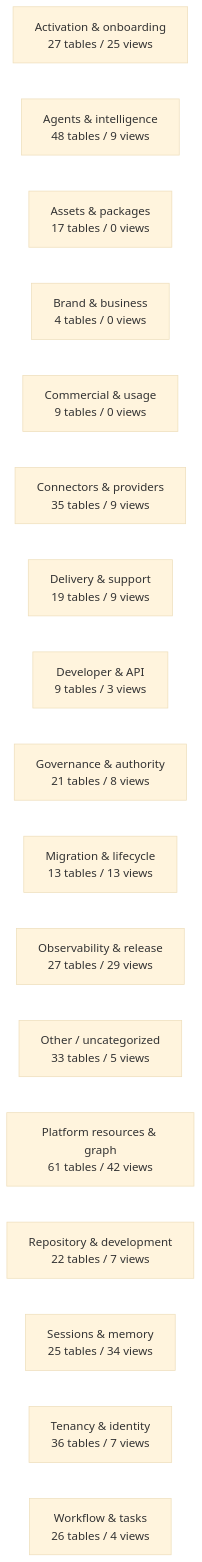
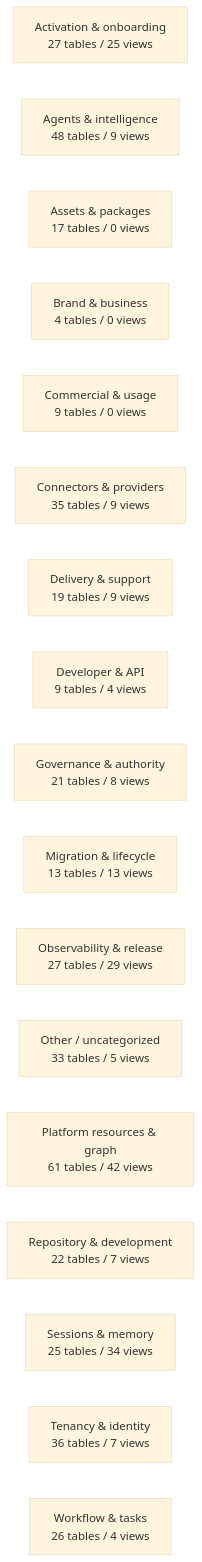
One commit to mad4bdigital-ai/multi-business-multi-role-growth-intelligence-os changed the diagram in docs/work-maps/data-model-domain-map.md. Above: the diagram before and after it, drawn with Mermaid (base theme). The commit also changed other lines of this file and 3 other files, not shown here.

````diff
--- a/docs/work-maps/data-model-domain-map.md
+++ b/docs/work-maps/data-model-domain-map.md
@@ -9,20 +9,20 @@
 ```mermaid
 flowchart LR
   n_Activation___onboarding["Activation & onboarding<br/>27 tables / 25 views"]
   n_Agents___intelligence["Agents & intelligence<br/>48 tables / 9 views"]
   n_Assets___packages["Assets & packages<br/>17 tables / 0 views"]
   n_Brand___business["Brand & business<br/>4 tables / 0 views"]
   n_Commercial___usage["Commercial & usage<br/>9 tables / 0 views"]
   n_Connectors___providers["Connectors & providers<br/>35 tables / 9 views"]
   n_Delivery___support["Delivery & support<br/>19 tables / 9 views"]
-  n_Developer___API["Developer & API<br/>9 tables / 3 views"]
+  n_Developer___API["Developer & API<br/>9 tables / 4 views"]
   n_Governance___authority["Governance & authority<br/>21 tables / 8 views"]
   n_Migration___lifecycle["Migration & lifecycle<br/>13 tables / 13 views"]
   n_Observability___release["Observability & release<br/>27 tables / 29 views"]
   n_Other___uncategorized["Other / uncategorized<br/>33 tables / 5 views"]
   n_Platform_resources___graph["Platform resources & graph<br/>61 tables / 42 views"]
   n_Repository___development["Repository & development<br/>22 tables / 7 views"]
   n_Sessions___memory["Sessions & memory<br/>25 tables / 34 views"]
   n_Tenancy___identity["Tenancy & identity<br/>36 tables / 7 views"]
   n_Workflow___tasks["Workflow & tasks<br/>26 tables / 4 views"]
 ```
````
